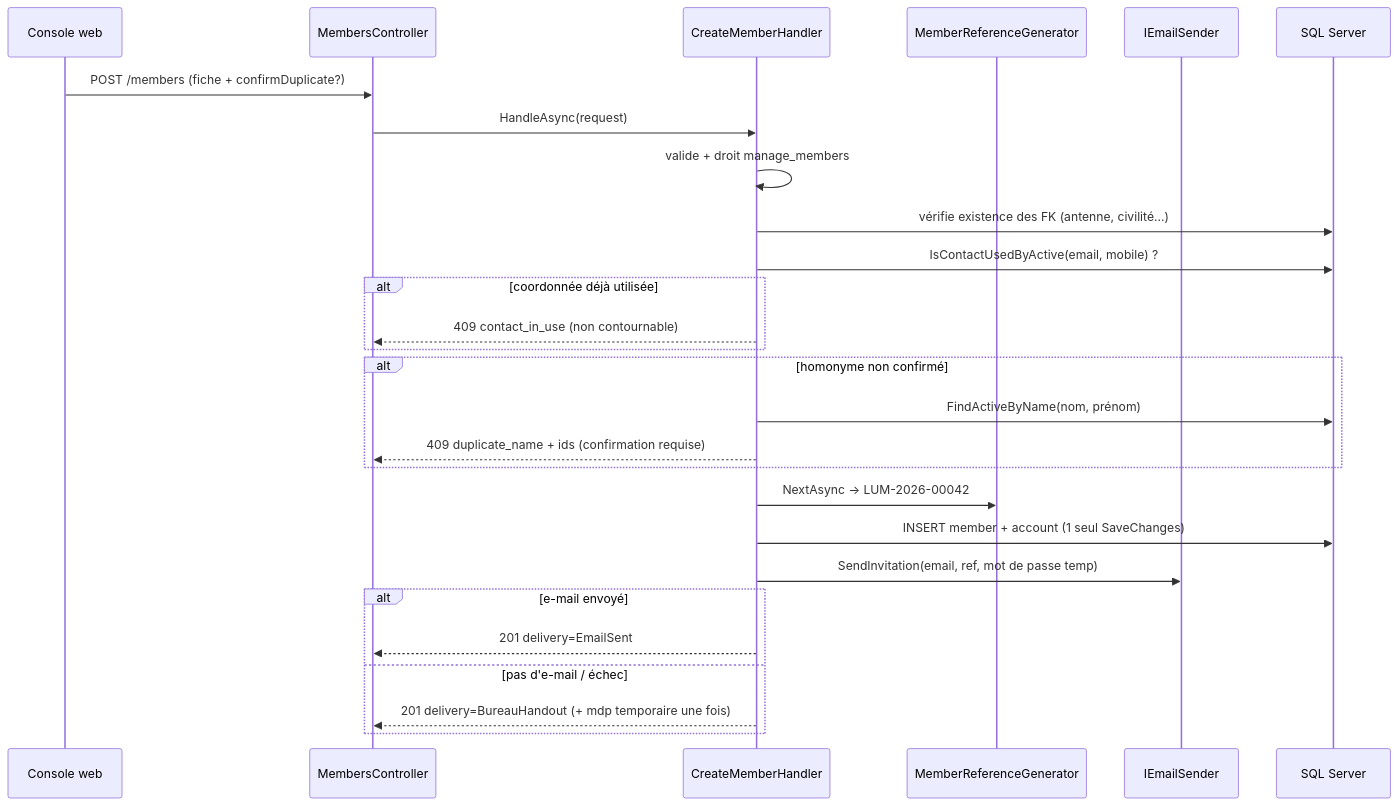
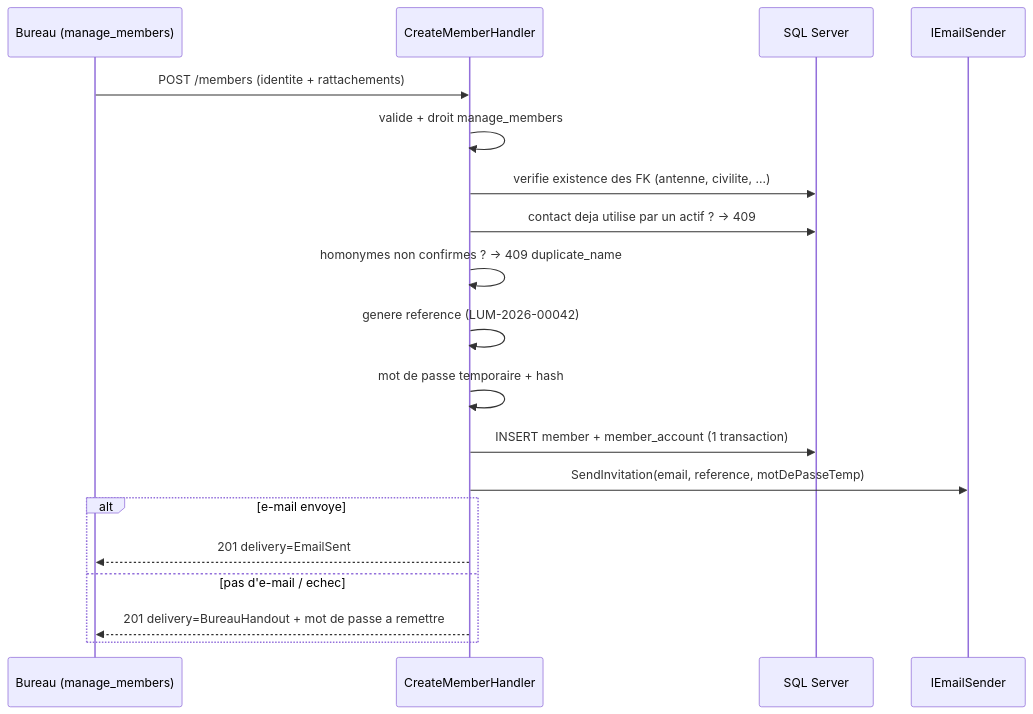
Before and after one commit to kiboMarcel/lumineux: the fourth of 5 diagrams in docs/audit/04-logique-metier.md, drawn with Mermaid. The commit also changed other lines of this file and 9 other files, not shown here.

````diff
--- a/docs/audit/04-logique-metier.md
+++ b/docs/audit/04-logique-metier.md
@@ -75,30 +174,22 @@
 ```mermaid
 sequenceDiagram
-    participant SPA as Console web
-    participant Ctl as MembersController
-    participant H as CreateMemberHandler
-    participant Ref as MemberReferenceGenerator
+    participant B as Bureau (manage_members)
+    participant API as CreateMemberHandler
+    participant Db as SQL Server
     participant Mail as IEmailSender
-    participant DB as SQL Server
 
-    SPA->>Ctl: POST /members (fiche + confirmDuplicate?)
-    Ctl->>H: HandleAsync(request)
-    H->>H: valide + droit manage_members
-    H->>DB: vérifie existence des FK (antenne, civilité…)
-    H->>DB: IsContactUsedByActive(email, mobile) ?
-    alt coordonnée déjà utilisée
-        H-->>Ctl: 409 contact_in_use (non contournable)
-    end
-    alt homonyme non confirmé
-        H->>DB: FindActiveByName(nom, prénom)
-        H-->>Ctl: 409 duplicate_name + ids (confirmation requise)
-    end
-    H->>Ref: NextAsync -> LUM-2026-00042
-    H->>DB: INSERT member + account (1 seul SaveChanges)
-    H->>Mail: SendInvitation(email, ref, mot de passe temp)
-    alt e-mail envoyé
-        H-->>Ctl: 201 delivery=EmailSent
-    else pas d'e-mail / échec
-        H-->>Ctl: 201 delivery=BureauHandout (+ mdp temporaire une fois)
+    B->>API: POST /members (identite + rattachements)
+    API->>API: valide + droit manage_members
+    API->>Db: verifie existence des FK (antenne, civilite, ...)
+    API->>Db: contact deja utilise par un actif ? -> 409
+    API->>API: homonymes non confirmes ? -> 409 duplicate_name
+    API->>API: genere reference (LUM-2026-00042)
+    API->>API: mot de passe temporaire + hash
+    API->>Db: INSERT member + member_account (1 transaction)
+    API->>Mail: SendInvitation(email, reference, motDePasseTemp)
+    alt e-mail envoye
+        API-->>B: 201 delivery=EmailSent
+    else pas d'e-mail / echec
+        API-->>B: 201 delivery=BureauHandout + mot de passe a remettre
     end
 ```
````
